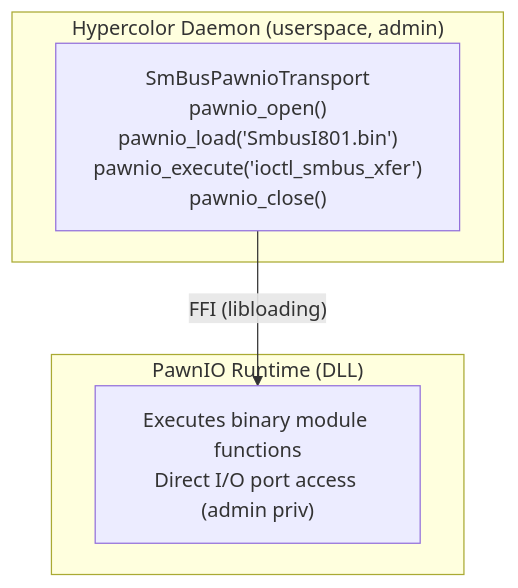
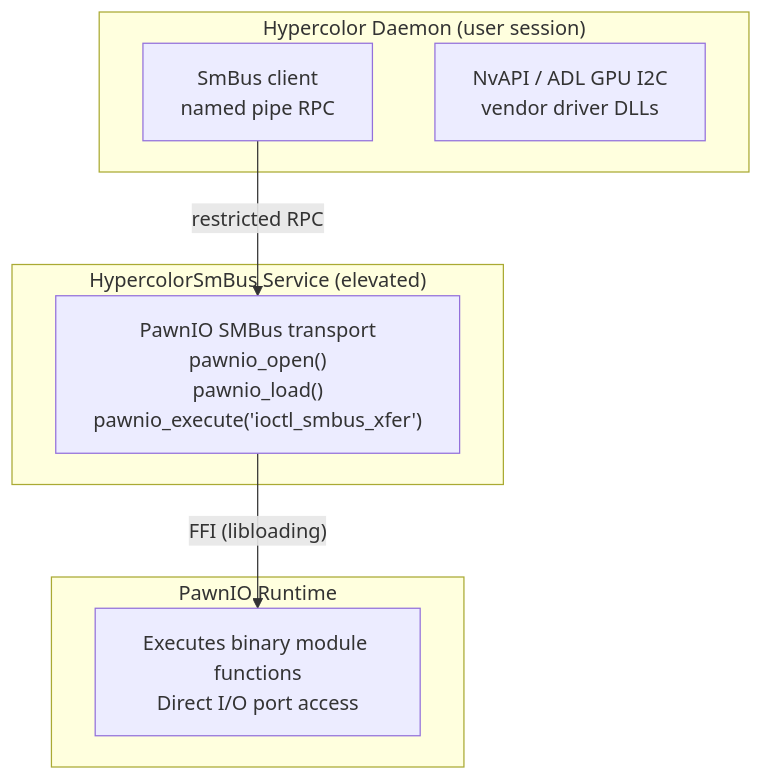
Before and after one commit to hyperb1iss/hypercolor: the diagram in docs/specs/32-windows-platform-support.md, drawn with Mermaid. The commit also changed other lines of this file and 1 other file, not shown here.

````diff
--- a/docs/specs/32-windows-platform-support.md
+++ b/docs/specs/32-windows-platform-support.md
@@ -448,12 +453,18 @@
 ```mermaid
 graph TD
-    subgraph Daemon["Hypercolor Daemon (userspace, admin)"]
-        Transport["SmBusPawnioTransport<br/>pawnio_open()<br/>pawnio_load('SmbusI801.bin')<br/>pawnio_execute('ioctl_smbus_xfer')<br/>pawnio_close()"]
+    subgraph User["Hypercolor Daemon (user session)"]
+        Client["SmBus client<br/>named pipe RPC"]
+        NvApi["NvAPI / ADL GPU I2C<br/>vendor driver DLLs"]
     end
 
-    subgraph Runtime["PawnIO Runtime (DLL)"]
-        Exec["Executes binary module functions<br/>Direct I/O port access (admin priv)"]
+    subgraph Broker["HypercolorSmBus Service (elevated)"]
+        Transport["PawnIO SMBus transport<br/>pawnio_open()<br/>pawnio_load()<br/>pawnio_execute('ioctl_smbus_xfer')"]
     end
 
+    subgraph Runtime["PawnIO Runtime"]
+        Exec["Executes binary module functions<br/>Direct I/O port access"]
+    end
+
+    Client -->|"restricted RPC"| Transport
     Transport -->|"FFI (libloading)"| Exec
 ```
````
